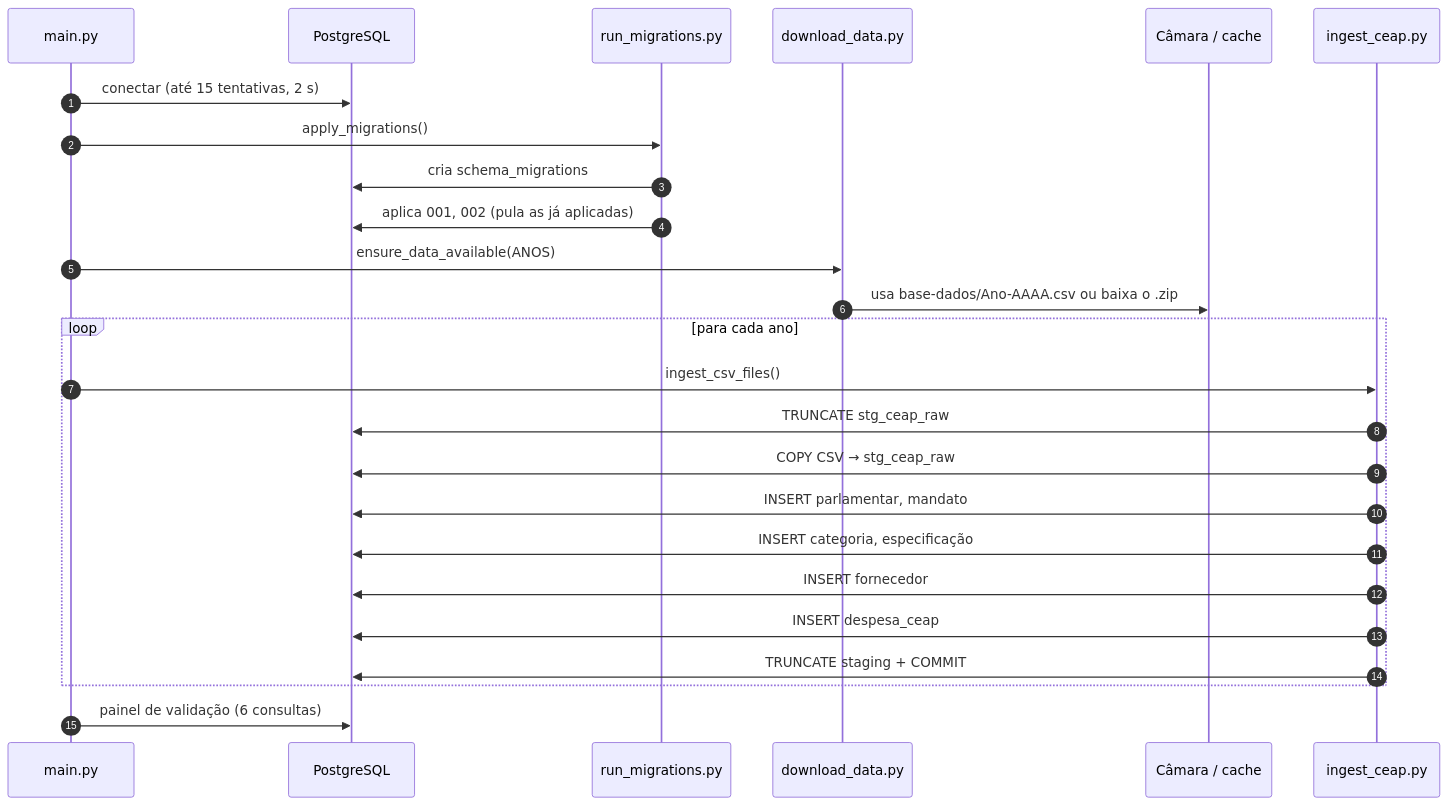
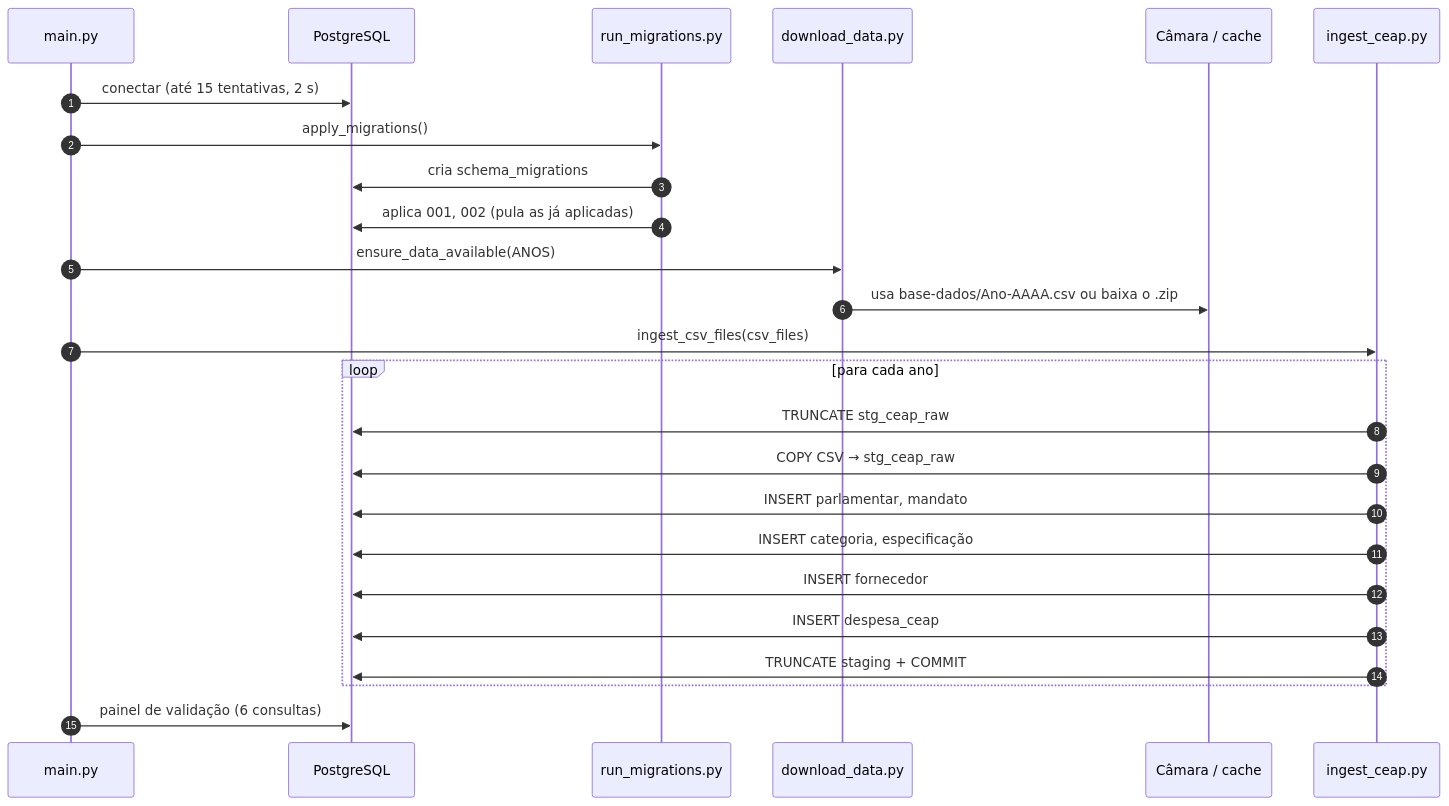
Before and after one commit to taybalau/sbd2-g8-ceap: the diagram in docs/pipeline.md, drawn with Mermaid. The commit also changed other lines of this file and 4 other files, not shown here.

````diff
--- a/docs/pipeline.md
+++ b/docs/pipeline.md
@@ -7,28 +7,28 @@
 ```mermaid
 sequenceDiagram
     autonumber
     participant M as main.py
     participant PG as PostgreSQL
     participant R as run_migrations.py
     participant D as download_data.py
     participant C as Câmara / cache
     participant I as ingest_ceap.py
 
     M->>PG: conectar (até 15 tentativas, 2 s)
     M->>R: apply_migrations()
     R->>PG: cria schema_migrations
     R->>PG: aplica 001, 002 (pula as já aplicadas)
     M->>D: ensure_data_available(ANOS)
     D->>C: usa base-dados/Ano-AAAA.csv ou baixa o .zip
+    M->>I: ingest_csv_files(csv_files)
     loop para cada ano
-        M->>I: ingest_csv_files()
         I->>PG: TRUNCATE stg_ceap_raw
         I->>PG: COPY CSV → stg_ceap_raw
         I->>PG: INSERT parlamentar, mandato
         I->>PG: INSERT categoria, especificação
         I->>PG: INSERT fornecedor
         I->>PG: INSERT despesa_ceap
         I->>PG: TRUNCATE staging + COMMIT
     end
     M->>PG: painel de validação (6 consultas)
 ```
````
